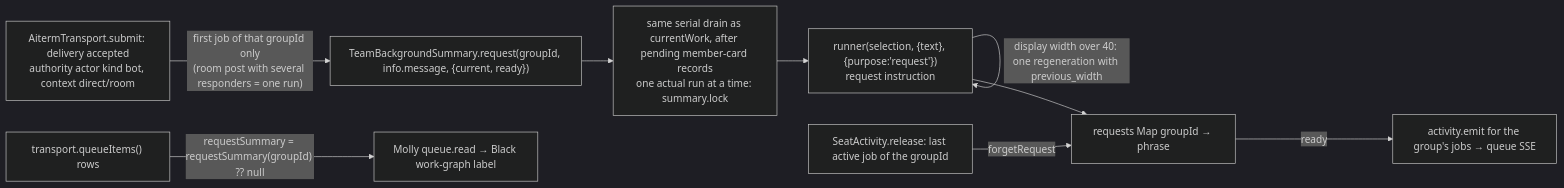
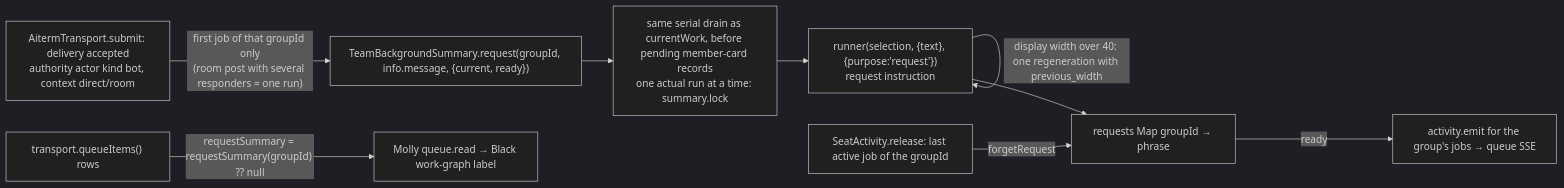
One commit to kitepon/BellTeam changed the third of 3 diagrams in docs/architecture/modules/execution/current-work.md. Above: the diagram before and after it, drawn with Mermaid (dark theme). The commit also changed other lines of this file and 2 other files, not shown here.

Commit message:
Request summary runs before pending member-card records
Card-first ordering let Bot-to-Bot edges sit at 依頼を処理中 for minutes under load
(Black's production reads 2026-11-09 06:51-06:52 JST): a request ran only when no
member-card record was pending, and with ~20 Bots after a body restart that queue
was rarely empty. A request is one run per delivery group and loses its use when
the group ends; a card record coalesces per Bot, so requests go first.

````diff
--- a/docs/architecture/modules/execution/current-work.md
+++ b/docs/architecture/modules/execution/current-work.md
@@ -109,11 +109,11 @@
 ```mermaid
 flowchart LR
   Accept[AitermTransport.submit: delivery accepted<br/>authority actor kind bot, context direct/room] -->|"first job of that groupId only<br/>(room post with several responders = one run)"| Req["TeamBackgroundSummary.request(groupId, info.message, {current, ready})"]
-  Req --> Serial[same serial drain as currentWork, after pending member-card records<br/>one actual run at a time: summary.lock]
+  Req --> Serial[same serial drain as currentWork, before pending member-card records<br/>one actual run at a time: summary.lock]
   Serial --> Run["runner(selection, {text}, {purpose:'request'})<br/>request instruction"]
   Run -->|"display width over 40: one regeneration with previous_width"| Run
   Run --> Store[requests Map groupId → phrase]
   Store -->|ready| Emit[activity.emit for the group's jobs → queue SSE]
   Rows["transport.queueItems() rows"] -->|"requestSummary = requestSummary(groupId) ?? null"| WG[Molly queue.read → Black work-graph label]
   Release[SeatActivity.release: last active job of the groupId] -->|forgetRequest| Store
 ```
````
